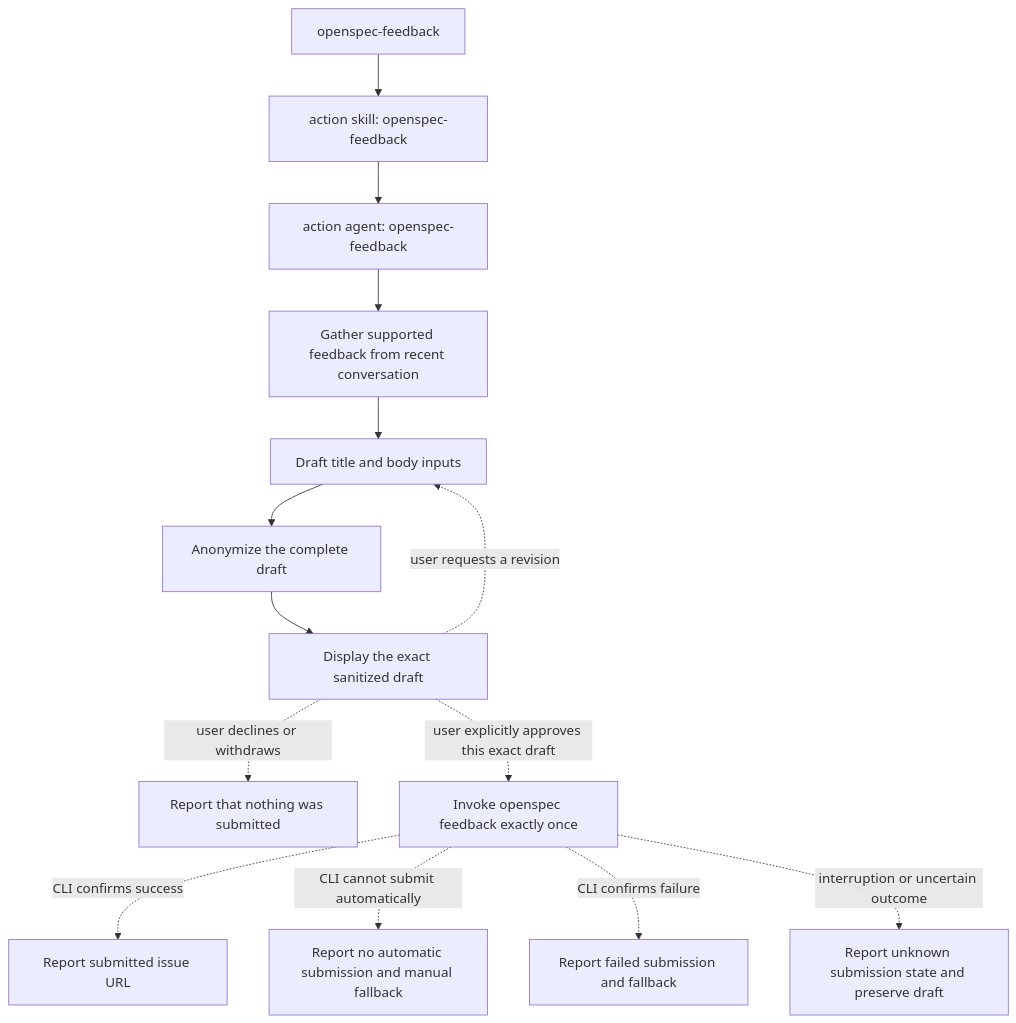
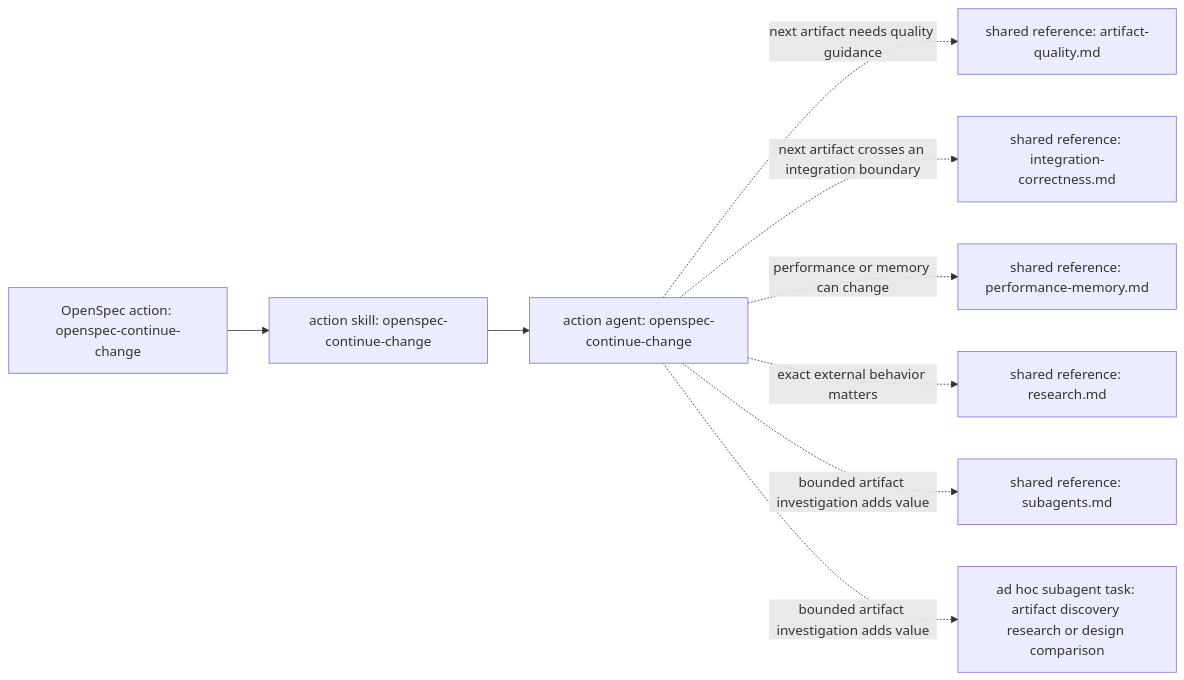
The seventh of 26 diagrams in release/USER_GUIDE.md (rashtao/codex-openspec-setup), drawn with Mermaid before and after one commit. The commit also changed other lines of this file and 1 other file, not shown here.

Commit message:
simplified diagrams

````diff
--- a/release/USER_GUIDE.md
+++ b/release/USER_GUIDE.md
@@ -393,29 +287,20 @@
 ```mermaid
-flowchart TD
-action["openspec-feedback"]
-skill["action skill: openspec-feedback"]
-agent["action agent: openspec-feedback"]
-gather["Gather supported feedback from recent conversation"]
-draft["Draft title and body inputs"]
-anonymize["Anonymize the complete draft"]
-display["Display the exact sanitized draft"]
-nothing["Report that nothing was submitted"]
-submit["Invoke openspec feedback exactly once"]
-success["Report submitted issue URL"]
-manual["Report no automatic submission and manual fallback"]
-failure["Report failed submission and fallback"]
-unknown["Report unknown submission state and preserve draft"]
+flowchart LR
+action["OpenSpec action: openspec-continue-change"]
+skill["action skill: openspec-continue-change"]
+agent["action agent: openspec-continue-change"]
+discoveryTask["ad hoc subagent task: artifact discovery research or design comparison"]
+artifactQualityRef["shared reference: artifact-quality.md"]
+integrationCorrectnessRef["shared reference: integration-correctness.md"]
+performanceMemoryRef["shared reference: performance-memory.md"]
+researchRef["shared reference: research.md"]
+subagentsRef["shared reference: subagents.md"]
 action --> skill
 skill --> agent
-agent --> gather
-gather --> draft
-draft --> anonymize
-anonymize --> display
-display -. user requests a revision .-> draft
-display -. user declines or withdraws .-> nothing
-display -. user explicitly approves this exact draft .-> submit
-submit -. CLI confirms success .-> success
-submit -. CLI cannot submit automatically .-> manual
-submit -. CLI confirms failure .-> failure
-submit -. interruption or uncertain outcome .-> unknown
+agent -. next artifact needs quality guidance .-> artifactQualityRef
+agent -. next artifact crosses an integration boundary .-> integrationCorrectnessRef
+agent -. performance or memory can change .-> performanceMemoryRef
+agent -. exact external behavior matters .-> researchRef
+agent -. bounded artifact investigation adds value .-> subagentsRef
+agent -. bounded artifact investigation adds value .-> discoveryTask
 ```
````
